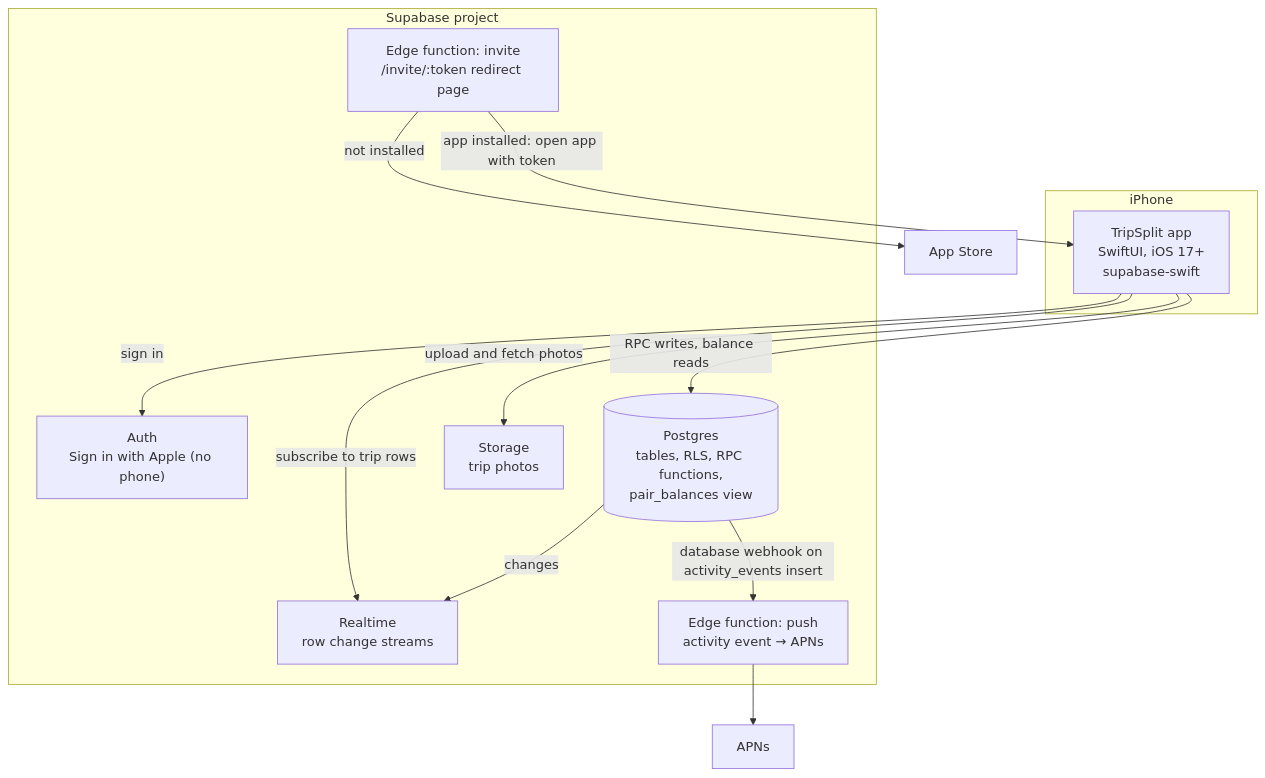
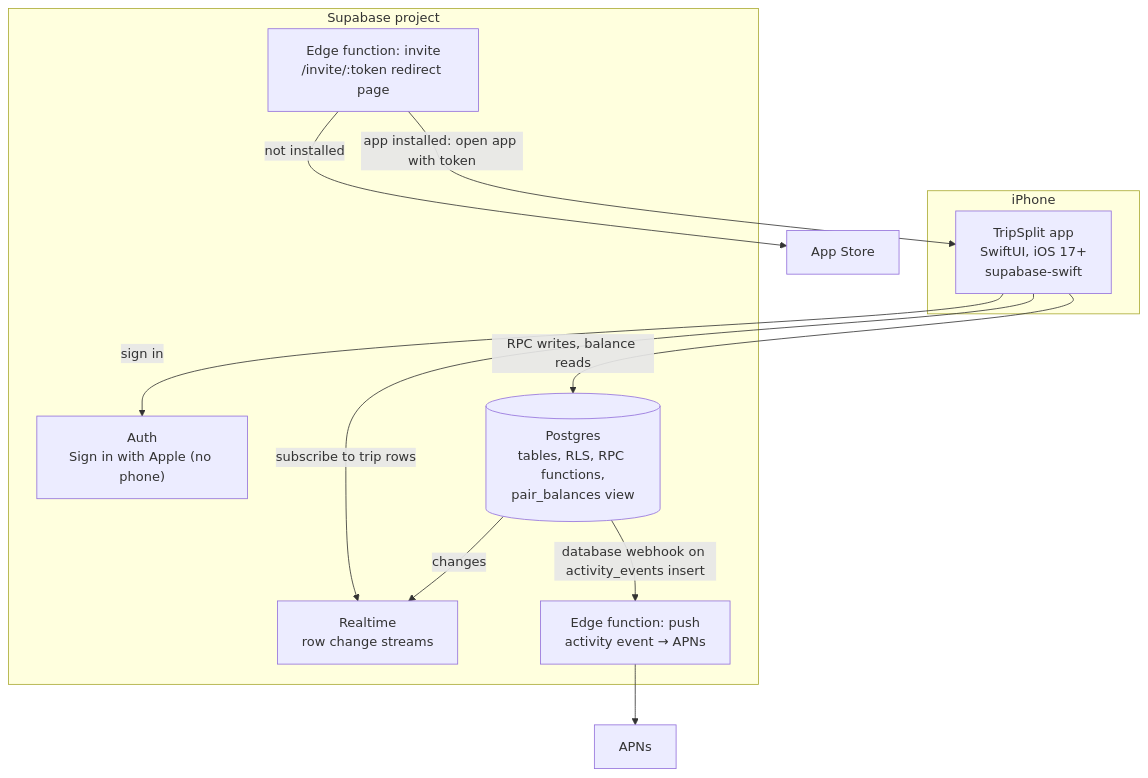
The second of 2 diagrams in docs/architecture.md (taytayrad/tripsplit-ios), drawn with Mermaid before and after one commit. The commit also changed other lines of this file and 25 other files, not shown here.

````diff
--- a/docs/architecture.md
+++ b/docs/architecture.md
@@ -32,28 +32,26 @@
 ```mermaid
 flowchart TB
     subgraph device["iPhone"]
         app["TripSplit app<br/>SwiftUI, iOS 17+<br/>supabase-swift"]
     end
 
     subgraph supa["Supabase project"]
         auth["Auth<br/>Sign in with Apple (no phone)"]
         db[("Postgres<br/>tables, RLS, RPC functions,<br/>pair_balances view")]
         rt["Realtime<br/>row change streams"]
-        storage["Storage<br/>trip photos"]
         fnPush["Edge function: push<br/>activity event → APNs"]
         fnLink["Edge function: invite<br/>/invite/:token redirect page"]
     end
 
     apns["APNs"]
     store["App Store"]
 
     app -- "sign in" --> auth
     app -- "RPC writes, balance reads" --> db
     app -- "subscribe to trip rows" --> rt
-    app -- "upload and fetch photos" --> storage
     db -- "changes" --> rt
     db -- "database webhook on activity_events insert" --> fnPush
     fnPush --> apns
     fnLink -- "app installed: open app with token" --> app
     fnLink -- "not installed" --> store
 ```
````
